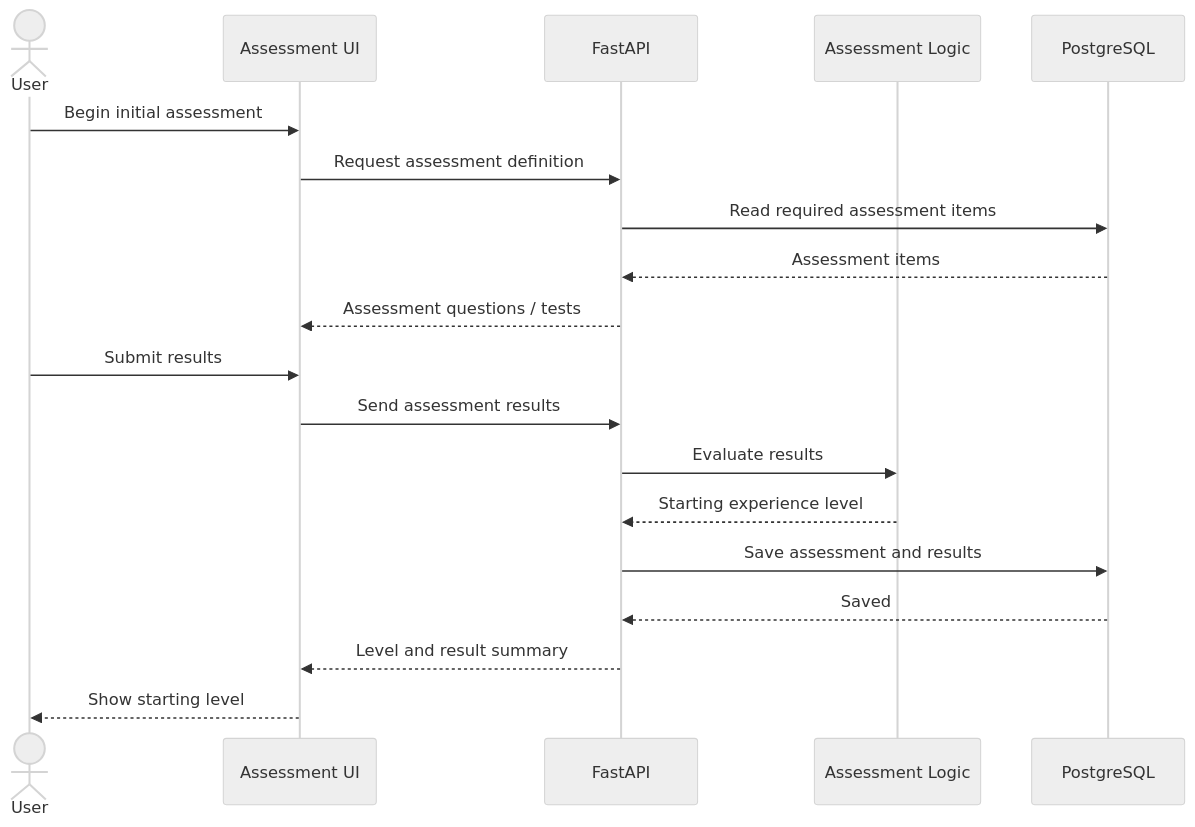
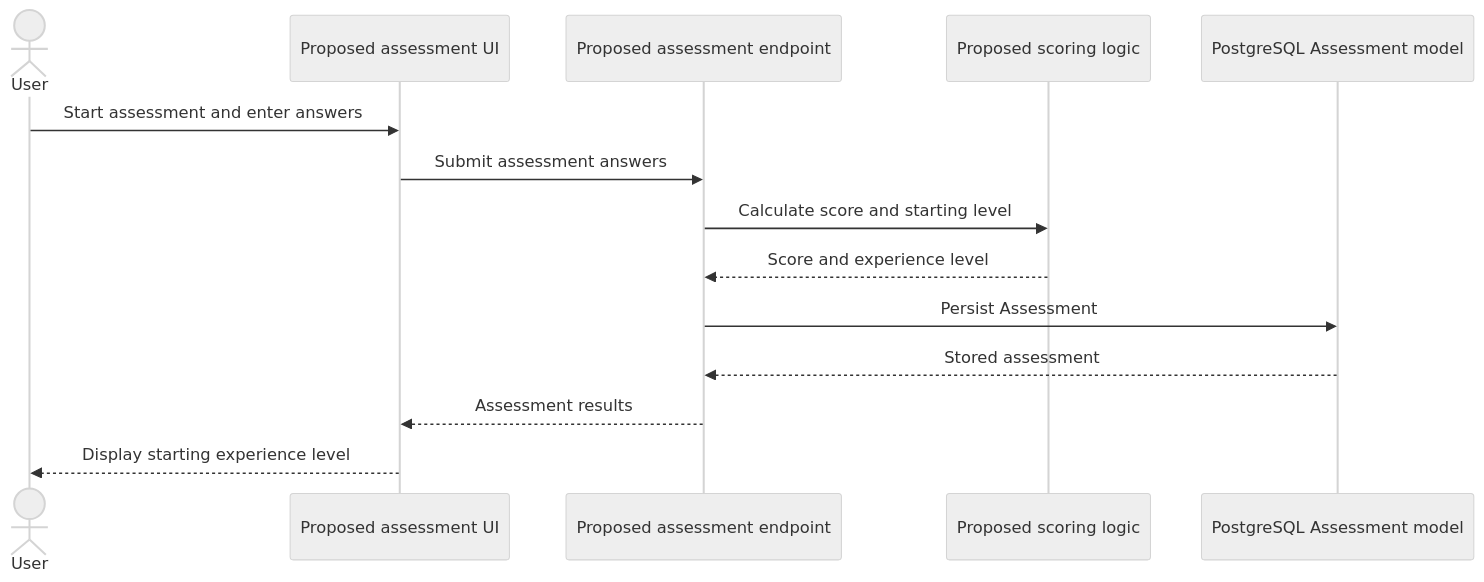
Before and after one commit to SFSU-CSC648-TeamOne/SFSU-csc648-06-Fall26-team01: the third of 7 diagrams in milestones/m2/high-lvl-uml.md, drawn with Mermaid (neutral theme). The commit also changed other lines of this file and 1 other file, not shown here.

Commit message:
Updated archtecture and high-lvl-uml to reflect recent changes to repo.

````diff
--- a/milestones/m2/high-lvl-uml.md
+++ b/milestones/m2/high-lvl-uml.md
@@ -100,22 +135,16 @@
 ```mermaid
 sequenceDiagram
     actor User
-    participant UI as Assessment UI
-    participant API as FastAPI
-    participant Rules as Assessment Logic
-    participant DB as PostgreSQL
-
-    User->>UI: Begin initial assessment
-    UI->>API: Request assessment definition
-    API->>DB: Read required assessment items
-    DB-->>API: Assessment items
-    API-->>UI: Assessment questions / tests
-    User->>UI: Submit results
-    UI->>API: Send assessment results
-    API->>Rules: Evaluate results
-    Rules-->>API: Starting experience level
-    API->>DB: Save assessment and results
-    DB-->>API: Saved
-    API-->>UI: Level and result summary
-    UI-->>User: Show starting level
+    participant UI as Proposed assessment UI
+    participant API as Proposed assessment endpoint
+    participant Rules as Proposed scoring logic
+    participant DB as PostgreSQL Assessment model
+    User->>UI: Start assessment and enter answers
+    UI->>API: Submit assessment answers
+    API->>Rules: Calculate score and starting level
+    Rules-->>API: Score and experience level
+    API->>DB: Persist Assessment
+    DB-->>API: Stored assessment
+    API-->>UI: Assessment results
+    UI-->>User: Display starting experience level
 ```
````
